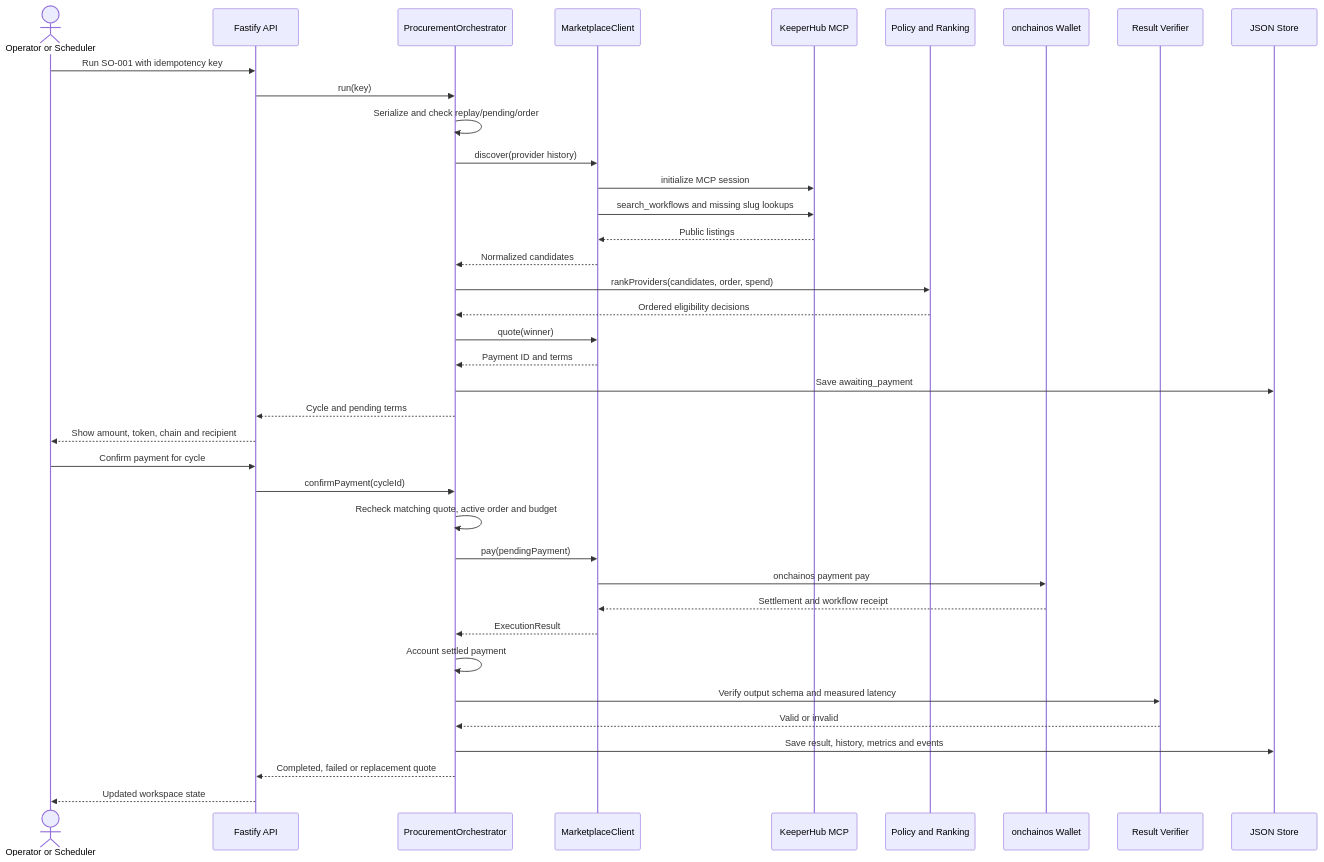
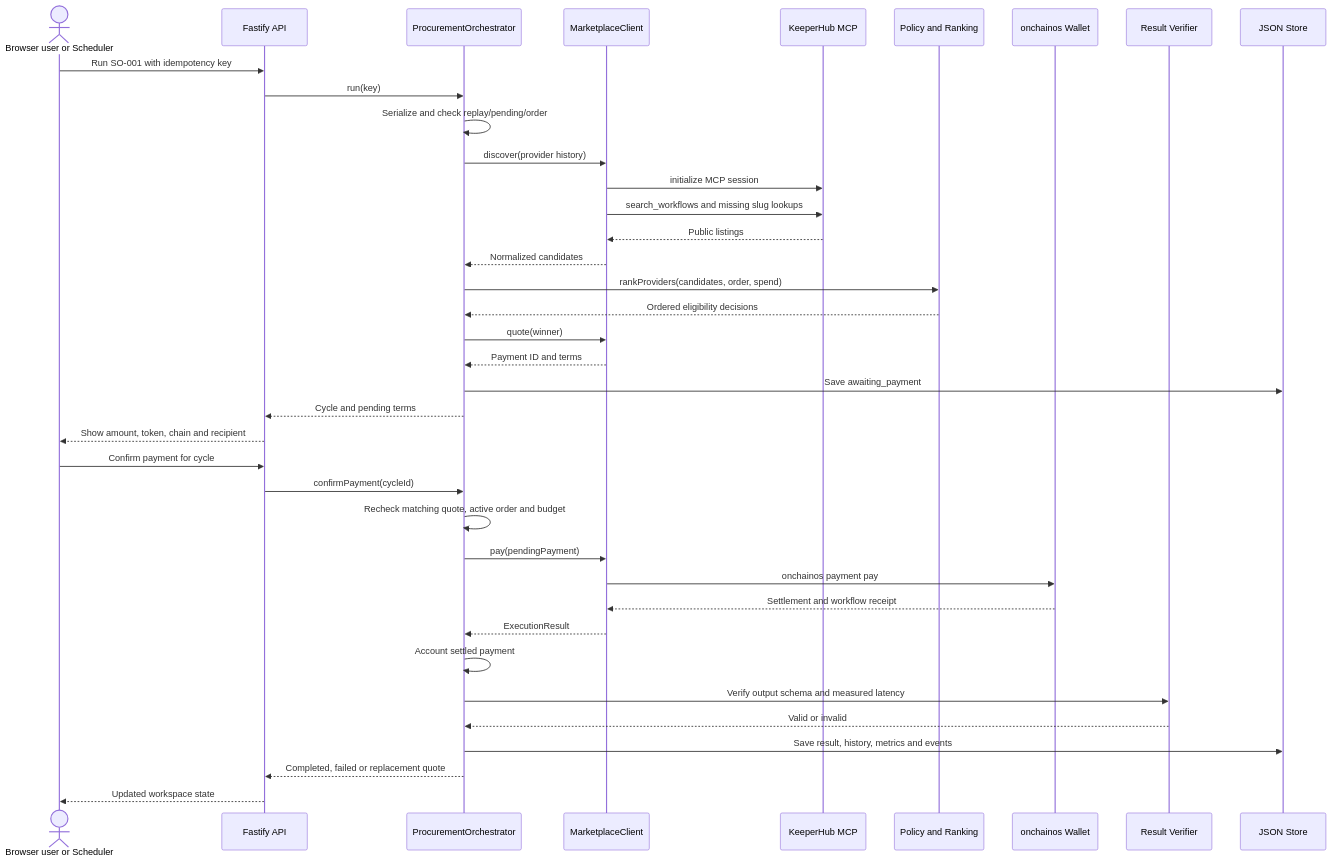
One commit to karagozemin/ReSource changed the second of 10 diagrams in docs/ARCHITECTURE.md. Above: the diagram before and after it, drawn with Mermaid. The commit also changed other lines of this file and 1 other file, not shown here.

````diff
--- a/docs/ARCHITECTURE.md
+++ b/docs/ARCHITECTURE.md
@@ -139,42 +139,42 @@
 ```mermaid
 sequenceDiagram
-    actor O as Operator or Scheduler
+    actor O as Browser user or Scheduler
     participant A as Fastify API
     participant P as ProcurementOrchestrator
     participant M as MarketplaceClient
     participant K as KeeperHub MCP
     participant R as Policy and Ranking
     participant W as onchainos Wallet
     participant V as Result Verifier
     participant S as JSON Store
 
     O->>A: Run SO-001 with idempotency key
     A->>P: run(key)
     P->>P: Serialize and check replay/pending/order
     P->>M: discover(provider history)
     M->>K: initialize MCP session
     M->>K: search_workflows and missing slug lookups
     K-->>M: Public listings
     M-->>P: Normalized candidates
     P->>R: rankProviders(candidates, order, spend)
     R-->>P: Ordered eligibility decisions
     P->>M: quote(winner)
     M-->>P: Payment ID and terms
     P->>S: Save awaiting_payment
     P-->>A: Cycle and pending terms
     A-->>O: Show amount, token, chain and recipient
 
     O->>A: Confirm payment for cycle
     A->>P: confirmPayment(cycleId)
     P->>P: Recheck matching quote, active order and budget
     P->>M: pay(pendingPayment)
     M->>W: onchainos payment pay
     W-->>M: Settlement and workflow receipt
     M-->>P: ExecutionResult
     P->>P: Account settled payment
     P->>V: Verify output schema and measured latency
     V-->>P: Valid or invalid
     P->>S: Save result, history, metrics and events
     P-->>A: Completed, failed or replacement quote
     A-->>O: Updated workspace state
 ```
````
